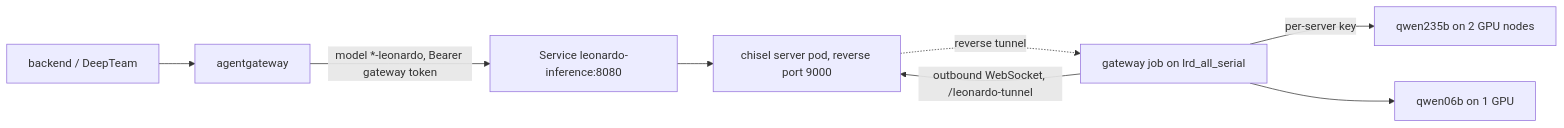
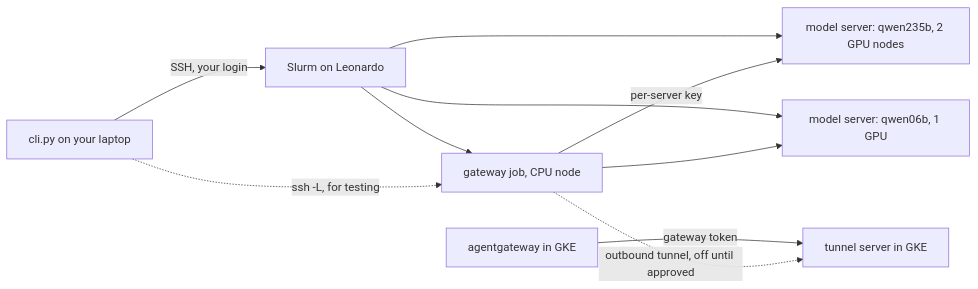
One commit to 0KayKay/european-ai-hackathon-2026 changed the diagram in leonardo/README.md. Above: the diagram before and after it, drawn with Mermaid. The commit also changed other lines of this file, not shown here.

First line of the commit message:
Reorder the Leonardo README around a first-time user's questions

````diff
--- a/leonardo/README.md
+++ b/leonardo/README.md
@@ -81,10 +41,12 @@
 ```mermaid
 flowchart LR
-  B[backend / DeepTeam] --> A[agentgateway]
-  A -- "model *-leonardo, Bearer gateway token" --> S[Service leonardo-inference:8080]
-  S --> T[chisel server pod, reverse port 9000]
-  G[gateway job on lrd_all_serial] -- "outbound WebSocket, /leonardo-tunnel" --> T
-  T -. reverse tunnel .-> G
-  G -- "per-server key" --> M1[qwen235b on 2 GPU nodes]
-  G --> M2[qwen06b on 1 GPU]
+  L[cli.py on your laptop] -- "SSH, your login" --> J[Slurm on Leonardo]
+  J --> M1[model server: qwen235b, 2 GPU nodes]
+  J --> M2[model server: qwen06b, 1 GPU]
+  J --> G[gateway job, CPU node]
+  G -- "per-server key" --> M1
+  G --> M2
+  L -. "ssh -L, for testing" .-> G
+  A[agentgateway in GKE] -- "gateway token" --> T[tunnel server in GKE]
+  G -. "outbound tunnel, off until approved" .-> T
 ```
````
